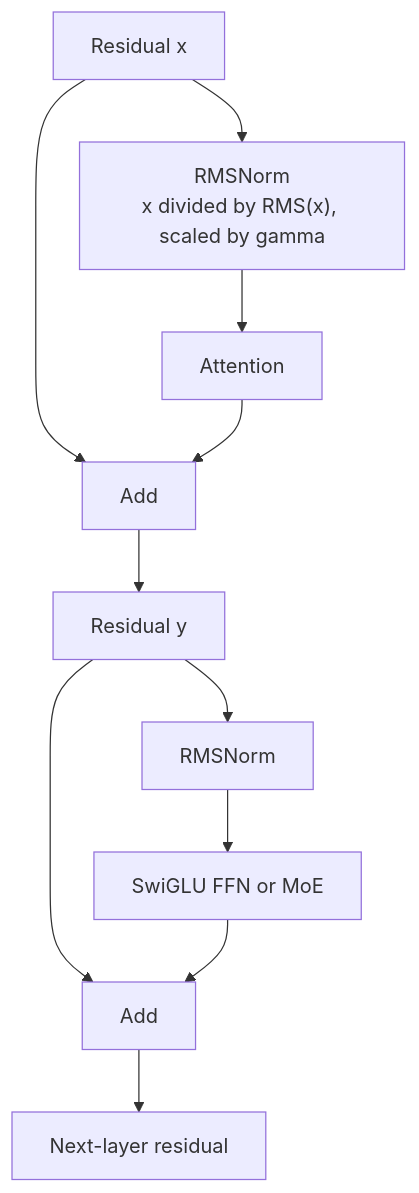
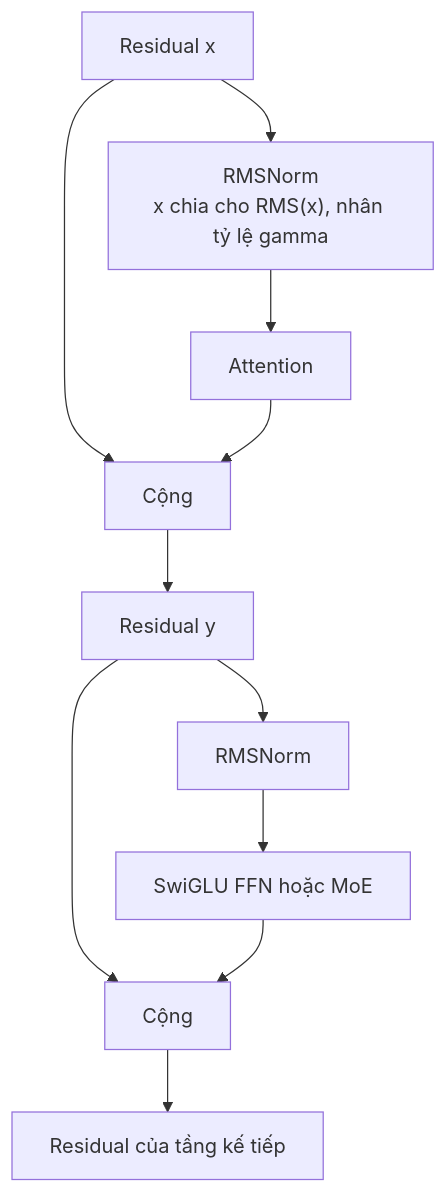
The diagram in docs/research_finding/01-gwen/module_details/LLM_modules/RMSNorm.md (cycler04/VinRobotics-VLA), drawn with Mermaid before and after one commit. The commit also changed other lines of this file and 79 other files, not shown here.

````diff
--- a/docs/research_finding/01-gwen/module_details/LLM_modules/RMSNorm.md
+++ b/docs/research_finding/01-gwen/module_details/LLM_modules/RMSNorm.md
@@ -77,18 +80,18 @@
 ```mermaid
 flowchart TD
-    X["Residual x"] --> N1["RMSNorm\nx divided by RMS(x), scaled by gamma"]
+    X["Residual x"] --> N1["RMSNorm\nx chia cho RMS(x), nhân tỷ lệ gamma"]
     N1 --> A["Attention"]
 
-    X --> ADD1["Add"]
+    X --> ADD1["Cộng"]
     A --> ADD1
 
     ADD1 --> Y["Residual y"]
 
     Y --> N2["RMSNorm"]
-    N2 --> F["SwiGLU FFN or MoE"]
+    N2 --> F["SwiGLU FFN hoặc MoE"]
 
-    Y --> ADD2["Add"]
+    Y --> ADD2["Cộng"]
     F --> ADD2
 
-    ADD2 --> Z["Next-layer residual"]
+    ADD2 --> Z["Residual của tầng kế tiếp"]
 ```
````
